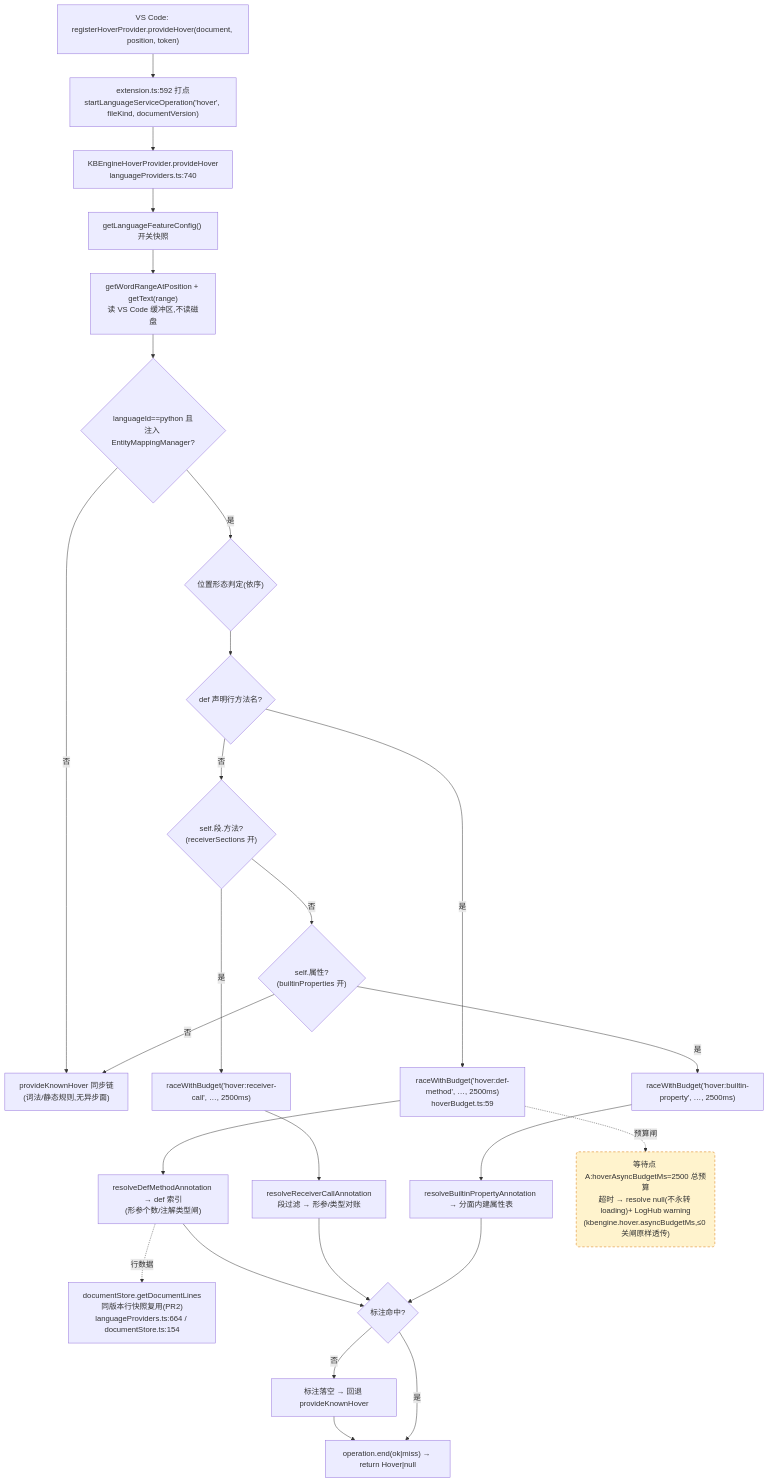
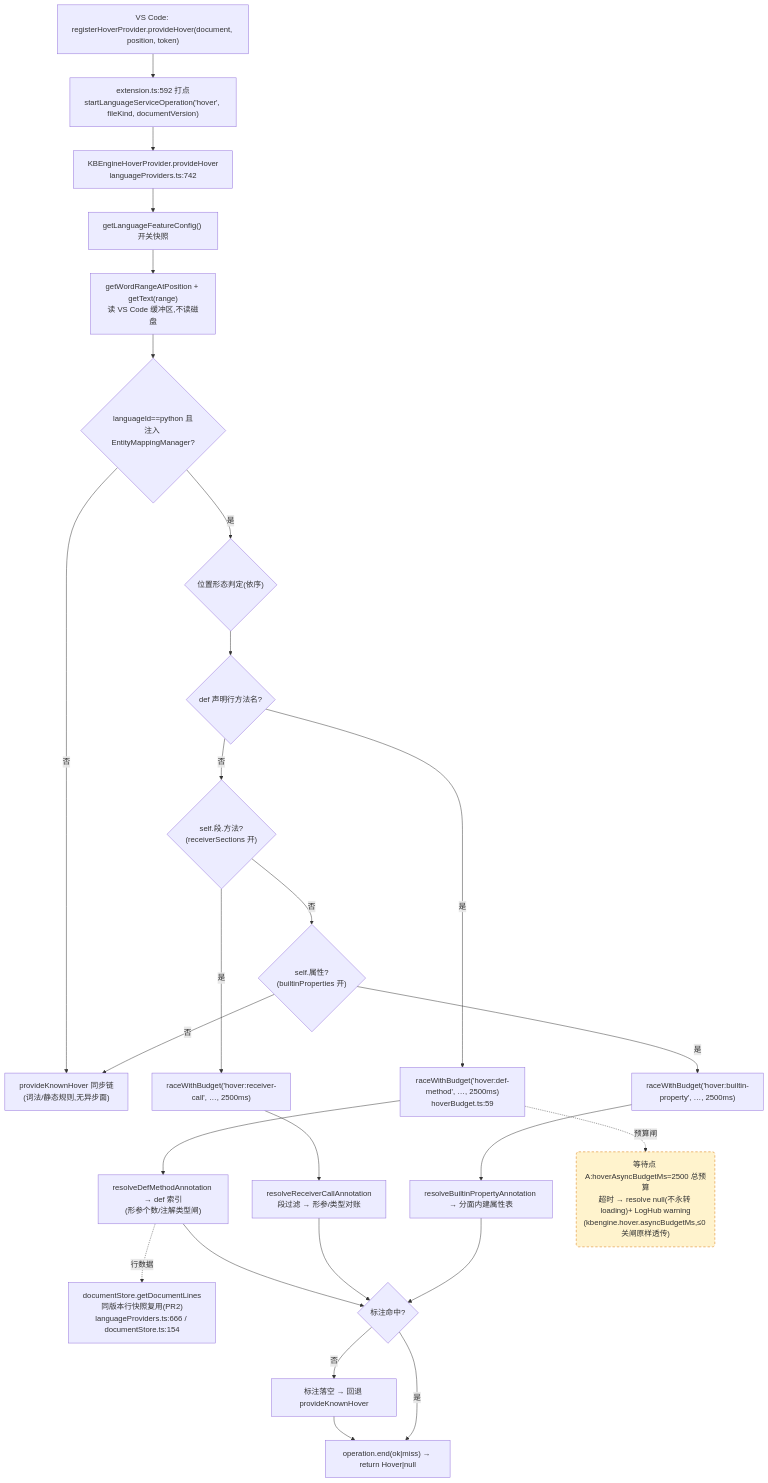
Before and after one commit to cuihairu/kode: the first of 4 diagrams in docs/perf/2026-baseline.md, drawn with Mermaid. The commit also changed other lines of this file and 6 other files, not shown here.

````diff
--- a/docs/perf/2026-baseline.md
+++ b/docs/perf/2026-baseline.md
@@ -82,45 +82,45 @@
 ```mermaid
 flowchart TD
   VC1["VS Code: registerHoverProvider.provideHover(document, position, token)"]
   M1["extension.ts:592 打点<br/>startLanguageServiceOperation('hover', fileKind, documentVersion)"]
-  HP["KBEngineHoverProvider.provideHover<br/>languageProviders.ts:740"]
+  HP["KBEngineHoverProvider.provideHover<br/>languageProviders.ts:742"]
   CFG["getLanguageFeatureConfig() 开关快照"]
   WORD["getWordRangeAtPosition + getText(range)<br/>读 VS Code 缓冲区,不读磁盘"]
   BR{"languageId==python 且<br/>注入 EntityMappingManager?"}
   KN["provideKnownHover 同步链<br/>(词法/静态规则,无异步面)"]
   POS{"位置形态判定(依序)"}
   D1{"def 声明行方法名?"}
   D2{"self.段.方法?<br/>(receiverSections 开)"}
   D3{"self.属性?<br/>(builtinProperties 开)"}
   RA1["raceWithBudget('hover:def-method', …, 2500ms)<br/>hoverBudget.ts:59"]
   RA2["raceWithBudget('hover:receiver-call', …, 2500ms)"]
   RA3["raceWithBudget('hover:builtin-property', …, 2500ms)"]
   RS1["resolveDefMethodAnnotation → def 索引<br/>(形参个数/注解类型闸)"]
   RS2["resolveReceiverCallAnnotation<br/>段过滤 → 形参/类型对账"]
   RS3["resolveBuiltinPropertyAnnotation → 分面内建属性表"]
-  LINES["documentStore.getDocumentLines<br/>同版本行快照复用(PR2)<br/>languageProviders.ts:664 / documentStore.ts:154"]
+  LINES["documentStore.getDocumentLines<br/>同版本行快照复用(PR2)<br/>languageProviders.ts:666 / documentStore.ts:154"]
   MISS["标注落空 → 回退 provideKnownHover"]
   END1["operation.end(ok|miss) → return Hover|null"]
 
   VC1 --> M1 --> HP --> CFG --> WORD --> BR
   BR -- "否" --> KN
   BR -- "是" --> POS --> D1
   D1 -- "是" --> RA1 --> RS1
   D1 -- "否" --> D2
   D2 -- "是" --> RA2 --> RS2
   D2 -- "否" --> D3
   D3 -- "是" --> RA3 --> RS3
   D3 -- "否" --> KN
   RS1 --> HIT{"标注命中?"}
   RS2 --> HIT
   RS3 --> HIT
   RS1 -.->|行数据| LINES
   HIT -- "否" --> MISS --> END1
   HIT -- "是" --> END1
 
   WAITA("等待点 A:hoverAsyncBudgetMs=2500 总预算<br/>超时 → resolve null(不永转 loading)+ LogHub warning<br/>(kbengine.hover.asyncBudgetMs,≤0 关闸原样透传)")
   RA1 -.->|预算闸| WAITA
 
   classDef waitPoint fill:#fff3cd,stroke:#d97706,stroke-dasharray:5 4;
   class WAITA waitPoint;
 ```
````
